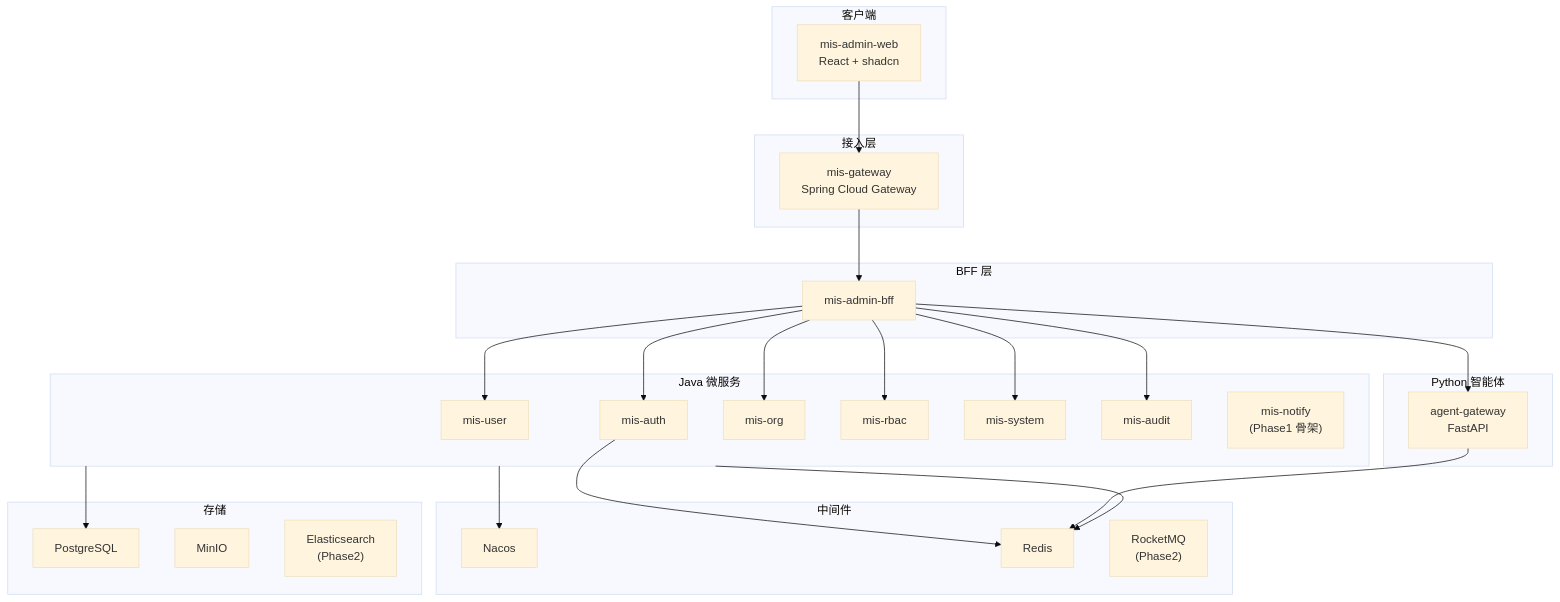
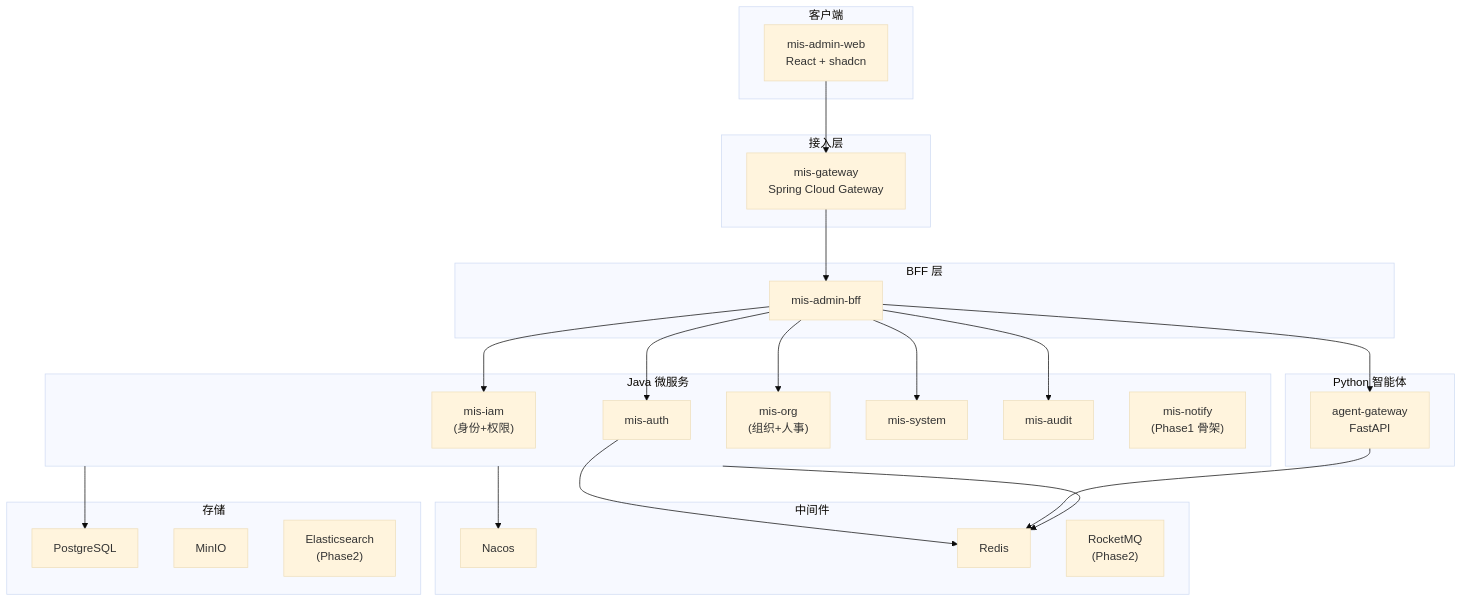
The first of 2 diagrams in docs/architecture/02-system-architecture.md (13961588612/mis-platform), drawn with Mermaid (base theme) before and after one commit. The commit also changed other lines of this file and 30 other files, not shown here.

Commit message:
模块整理 mis-org+mis-user->mis-org mis-rabs->mis-iam  mis-api->mis-system

````diff
--- a/docs/architecture/02-system-architecture.md
+++ b/docs/architecture/02-system-architecture.md
@@ -7,55 +7,53 @@
 ```mermaid
 flowchart TB
     subgraph Client["客户端"]
         Web["mis-admin-web<br/>React + shadcn"]
     end
 
     subgraph Edge["接入层"]
         GW["mis-gateway<br/>Spring Cloud Gateway"]
     end
 
     subgraph BFF["BFF 层"]
         BFFSvc["mis-admin-bff"]
     end
 
     subgraph Services["Java 微服务"]
         Auth["mis-auth"]
-        User["mis-user"]
-        Org["mis-org"]
-        RBAC["mis-rbac"]
+        IAM["mis-iam<br/>(身份+权限)"]
+        Org["mis-org<br/>(组织+人事)"]
         System["mis-system"]
         Audit["mis-audit"]
         Notify["mis-notify<br/>(Phase1 骨架)"]
     end
 
     subgraph Agent["Python 智能体"]
         AGW["agent-gateway<br/>FastAPI"]
     end
 
     subgraph Middleware["中间件"]
         Nacos["Nacos"]
         Redis["Redis"]
         MQ["RocketMQ<br/>(Phase2)"]
     end
 
     subgraph Storage["存储"]
         PG["PostgreSQL"]
         MinIO["MinIO"]
         ES["Elasticsearch<br/>(Phase2)"]
     end
 
     Web --> GW
     GW --> BFFSvc
     BFFSvc --> Auth
-    BFFSvc --> User
+    BFFSvc --> IAM
     BFFSvc --> Org
-    BFFSvc --> RBAC
     BFFSvc --> System
     BFFSvc --> Audit
     BFFSvc --> AGW
     Services --> Nacos
     Services --> Redis
     Services --> PG
     Auth --> Redis
     AGW --> Redis
 ```
````
